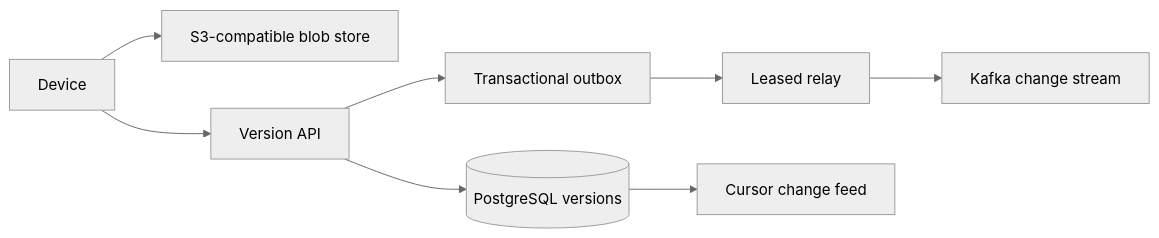
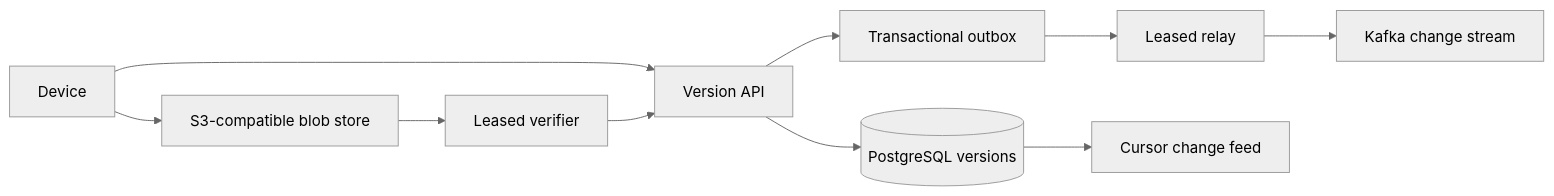
Before and after one commit to ihrutvik/distributed-file-synchronization-platform: the diagram in README.md, drawn with Mermaid (neutral theme). The commit also changed other lines of this file and 16 other files, not shown here.

````diff
--- a/README.md
+++ b/README.md
@@ -37,10 +40,12 @@
 ```mermaid
 flowchart LR
   D["Device"] --> B["S3-compatible blob store"]
   D --> API["Version API"]
+  B --> V["Leased verifier"]
+  V --> API
   API --> DB[("PostgreSQL versions")]
   API --> O["Transactional outbox"]
   O --> R["Leased relay"]
   R --> K["Kafka change stream"]
   DB --> C["Cursor change feed"]
 ```
````
